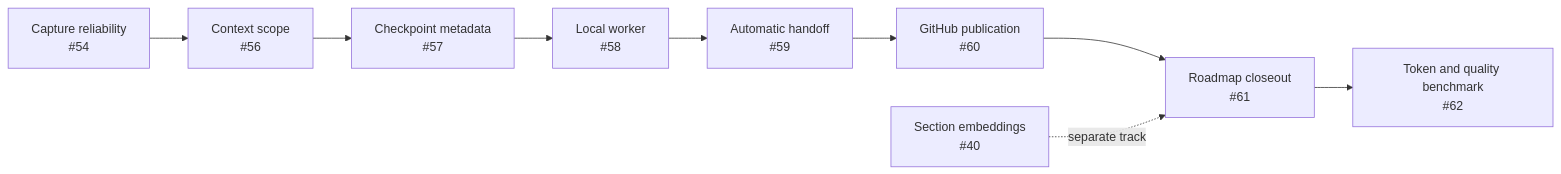
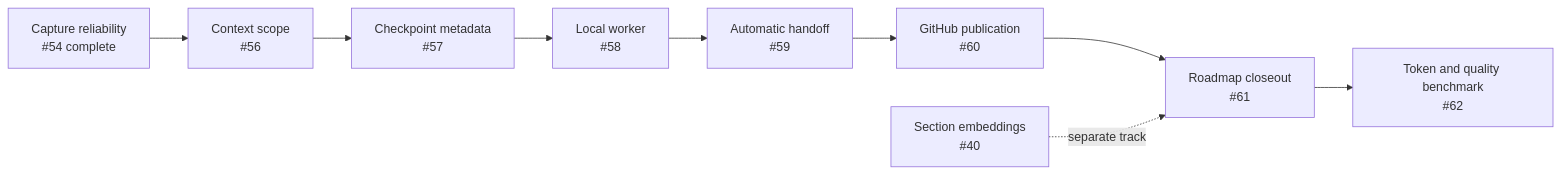
Before and after one commit to vib28/ai-memory-hub: the diagram in docs/local-memory-plan.md, drawn with Mermaid. The commit also changed other lines of this file and 6 other files, not shown here.

Commit message:
Close capture queue reliability gap

````diff
--- a/docs/local-memory-plan.md
+++ b/docs/local-memory-plan.md
@@ -23,11 +23,11 @@
 ```mermaid
 flowchart LR
-    A["Capture reliability<br/>#54"] --> B["Context scope<br/>#56"]
+    A["Capture reliability<br/>#54 complete"] --> B["Context scope<br/>#56"]
     B --> C["Checkpoint metadata<br/>#57"]
     C --> D["Local worker<br/>#58"]
     D --> E["Automatic handoff<br/>#59"]
     E --> F["GitHub publication<br/>#60"]
     F --> G["Roadmap closeout<br/>#61"]
     G --> H["Token and quality benchmark<br/>#62"]
     R["Section embeddings<br/>#40"] -. separate track .-> G
 ```
````
